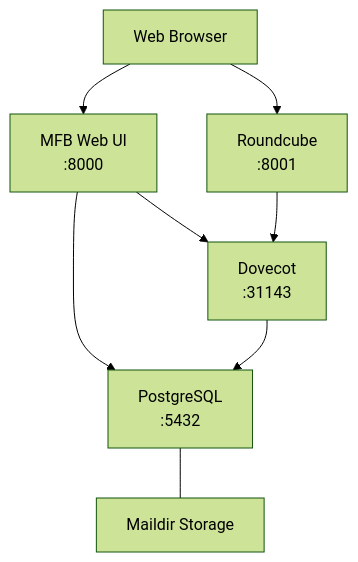
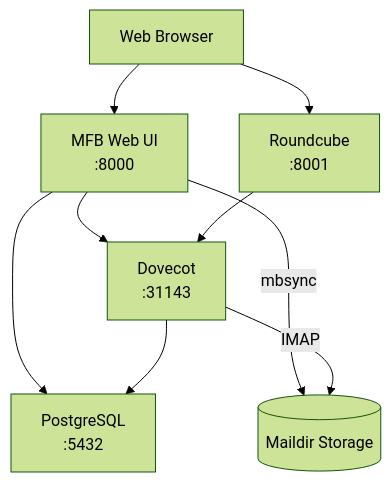
Before and after one commit to thekoma/mailfallback: the diagram in docs/src/index.md, drawn with Mermaid (forest theme). The commit also changed 3 other files, not shown here.

````diff
--- a/docs/src/index.md
+++ b/docs/src/index.md
@@ -26,17 +26,18 @@
 ```mermaid
 graph TD
     Browser["Web Browser"]
     MFB["MFB Web UI<br/>:8000"]
     RC["Roundcube<br/>:8001"]
     DOV["Dovecot<br/>:31143"]
     PG["PostgreSQL<br/>:5432"]
-    MAIL["Maildir Storage"]
+    MAIL[("Maildir Storage")]
 
     Browser --> MFB
     Browser --> RC
     MFB --> DOV
     RC --> DOV
     MFB --> PG
     DOV --> PG
-    PG --- MAIL
+    MFB -- "mbsync" --> MAIL
+    DOV -- "IMAP" --> MAIL
 ```
````
